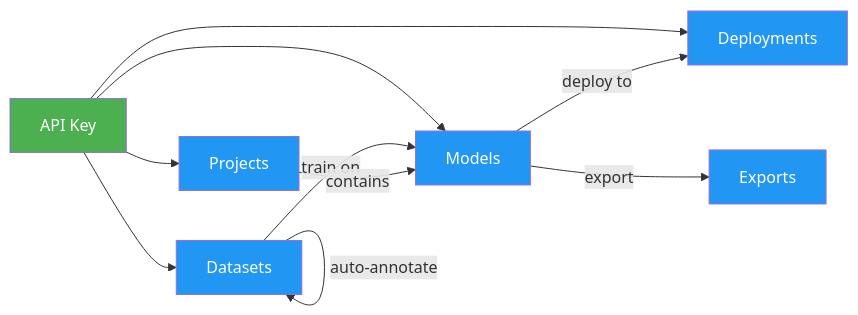
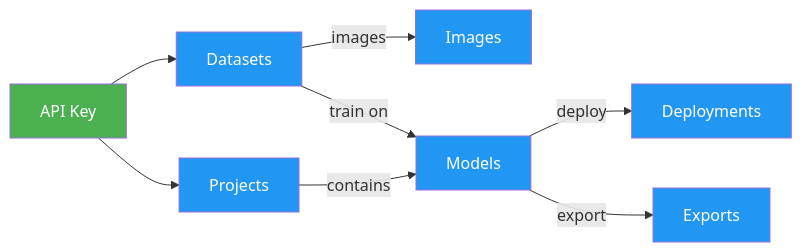
Before and after one commit to Rehman-AD/cv-yolov8-core: the first of 4 diagrams in docs/en/platform/api/index.md, drawn with Mermaid. The commit also changed other lines of this file and 32 other files, not shown here.

````diff
--- a/docs/en/platform/api/index.md
+++ b/docs/en/platform/api/index.md
@@ -30,15 +35,13 @@
 ```mermaid
 graph LR
     A[API Key]:::start --> B[Datasets]:::proc
     A --> C[Projects]:::proc
-    A --> D[Models]:::proc
-    A --> E[Deployments]:::proc
+    B -->|images| G[Images]:::proc
+    C -->|contains| D[Models]:::proc
     B -->|train on| D
-    C -->|contains| D
-    D -->|deploy to| E
+    D -->|deploy| E[Deployments]:::proc
     D -->|export| F[Exports]:::proc
-    B -->|auto-annotate| B
 
     classDef start fill:#4CAF50,color:#fff
     classDef proc fill:#2196F3,color:#fff
 ```
````
